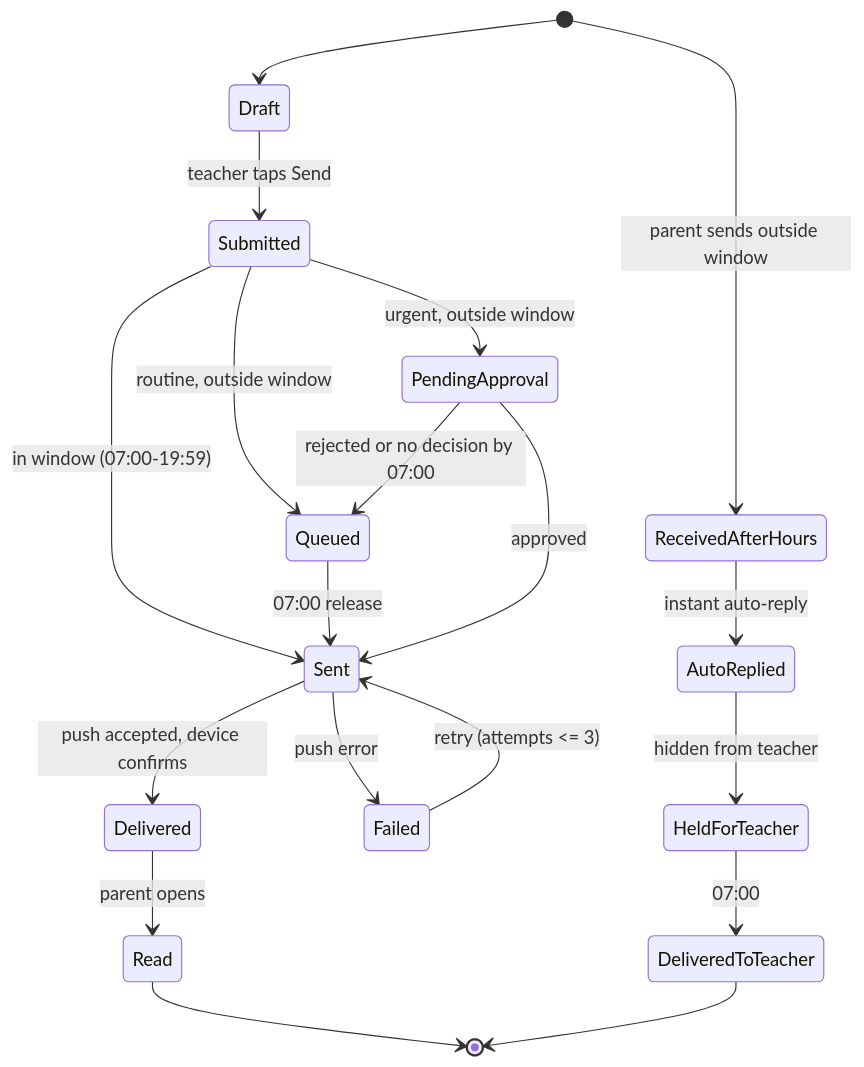
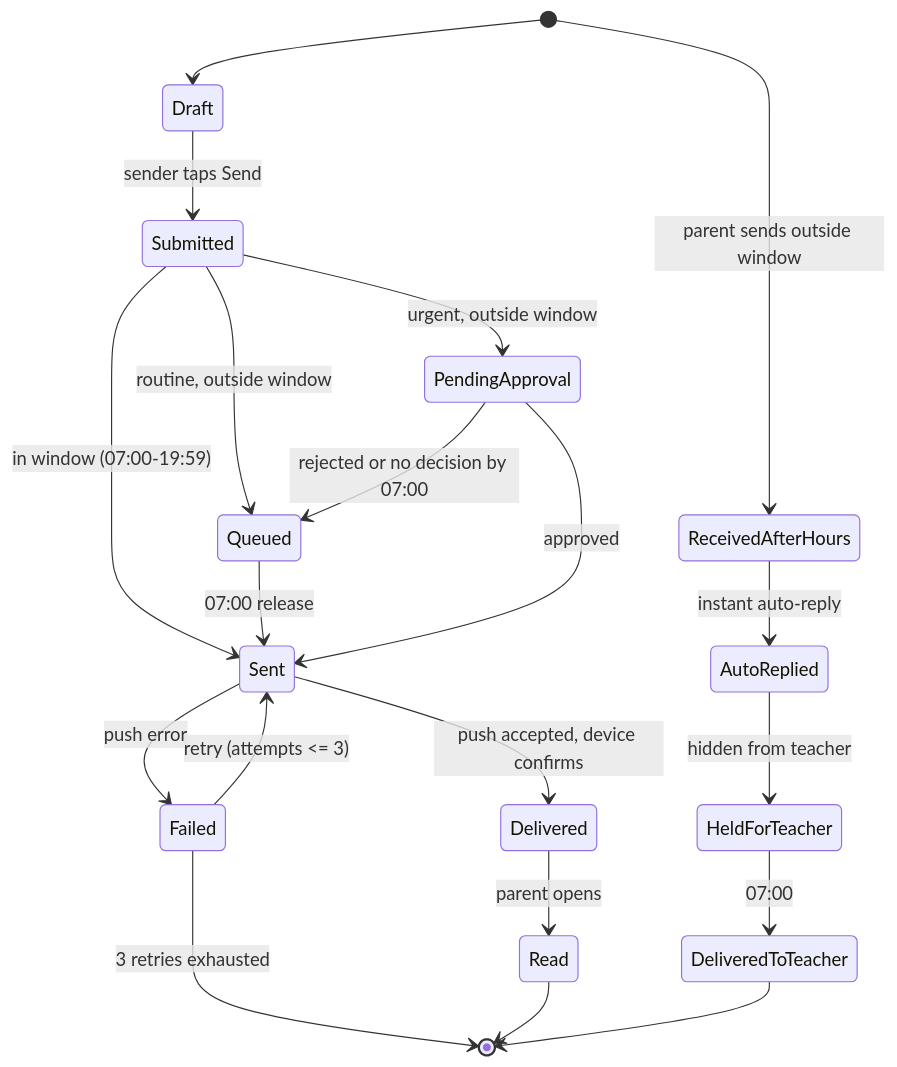
The fifth of 6 diagrams in 02_UML_Design.md (Kishann911/SchoolDiary_Case-111), drawn with Mermaid before and after one commit. The commit also changed other lines of this file and 7 other files, not shown here.

Commit message:
Review fixes: aligned decision-table IDs, rejection rule, sequence break on reject, resource-aware float, honest labels

````diff
--- a/02_UML_Design.md
+++ b/02_UML_Design.md
@@ -416,22 +415,23 @@
 ```mermaid
 stateDiagram-v2
   [*] --> Draft
-  Draft --> Submitted : teacher taps Send
+  Draft --> Submitted : sender taps Send
   Submitted --> Sent : in window (07:00-19:59)
   Submitted --> Queued : routine, outside window
   Queued --> Sent : 07:00 release
   Submitted --> PendingApproval : urgent, outside window
   PendingApproval --> Sent : approved
   PendingApproval --> Queued : rejected or no decision by 07:00
   Sent --> Delivered : push accepted, device confirms
   Delivered --> Read : parent opens
   Sent --> Failed : push error
   Failed --> Sent : retry (attempts <= 3)
+  Failed --> [*] : 3 retries exhausted
   Read --> [*]
 
   [*] --> ReceivedAfterHours : parent sends outside window
   ReceivedAfterHours --> AutoReplied : instant auto-reply
   AutoReplied --> HeldForTeacher : hidden from teacher
   HeldForTeacher --> DeliveredToTeacher : 07:00
   DeliveredToTeacher --> [*]
 ```
````
